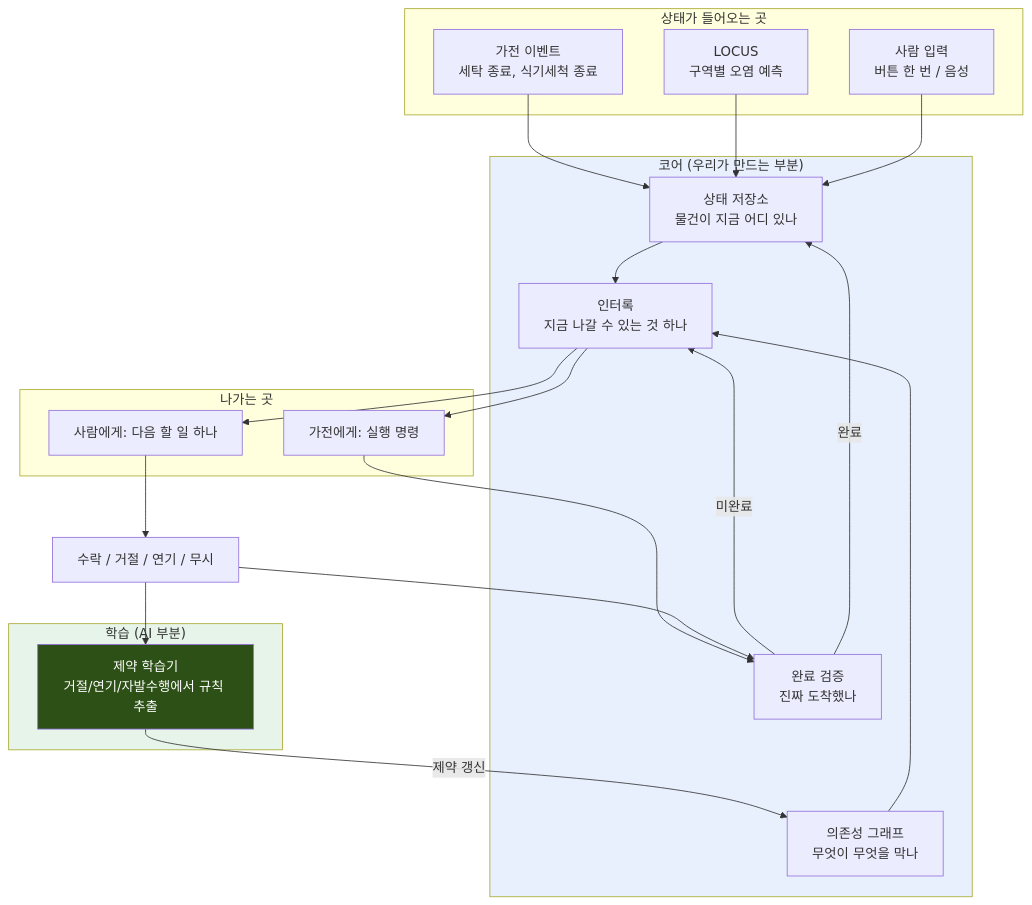
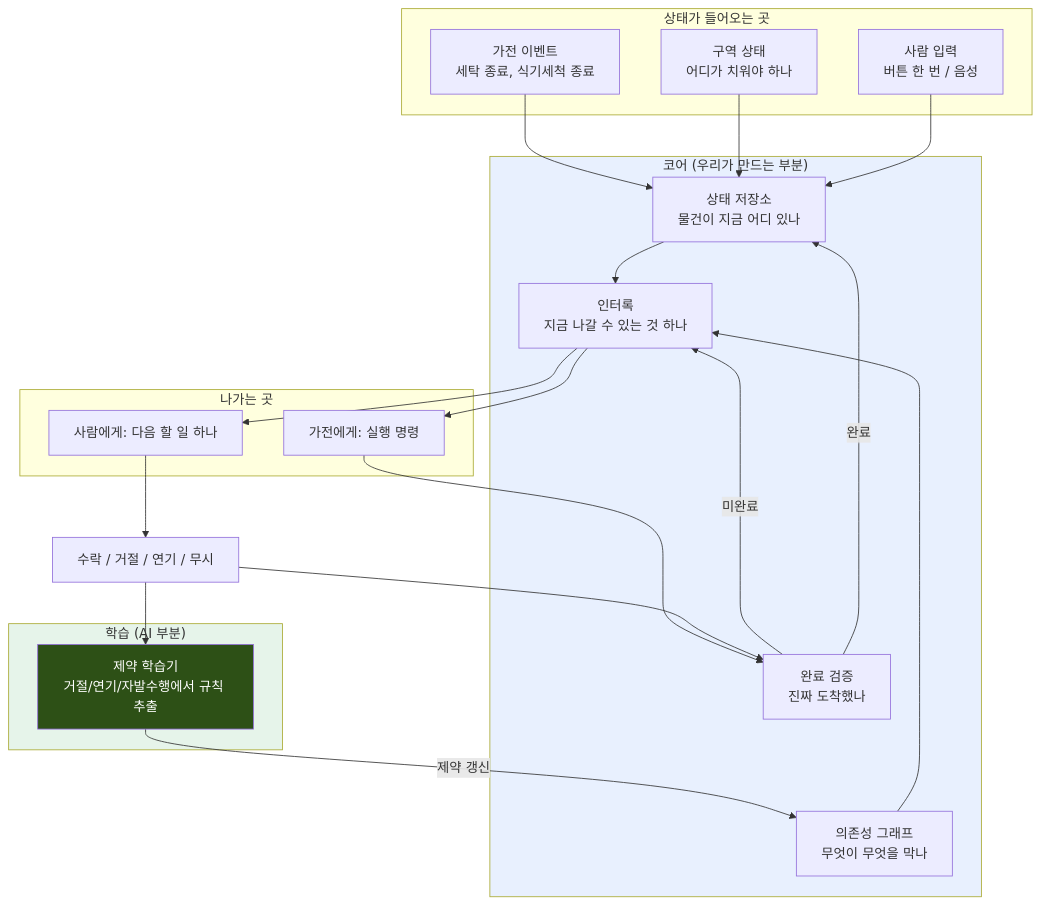
Before and after one commit to iejunkimu/lg-home-ai-team: the first of 2 diagrams in docs/ideas/가사-파이프라인-병목.md, drawn with Mermaid. The commit also changed other lines of this file, not shown here.

````diff
--- a/docs/ideas/가사-파이프라인-병목.md
+++ b/docs/ideas/가사-파이프라인-병목.md
@@ -235,43 +239,43 @@
 ```mermaid
 flowchart TB
     subgraph SRC["상태가 들어오는 곳"]
         S1["가전 이벤트<br/>세탁 종료, 식기세척 종료"]
-        S2["LOCUS<br/>구역별 오염 예측"]
+        S2["구역 상태<br/>어디가 치워야 하나"]
         S3["사람 입력<br/>버튼 한 번 / 음성"]
     end
 
     subgraph CORE["코어 (우리가 만드는 부분)"]
         ST["상태 저장소<br/>물건이 지금 어디 있나"]
         DG["의존성 그래프<br/>무엇이 무엇을 막나"]
         IL["인터록<br/>지금 나갈 수 있는 것 하나"]
         VF["완료 검증<br/>진짜 도착했나"]
     end
 
     subgraph AI["학습 (AI 부분)"]
         CL["제약 학습기<br/>거절/연기/자발수행에서 규칙 추출"]
     end
 
     subgraph OUT["나가는 곳"]
         O1["사람에게: 다음 할 일 하나"]
         O2["가전에게: 실행 명령"]
     end
 
     S1 --> ST
     S2 --> ST
     S3 --> ST
     ST --> IL
     DG --> IL
     IL --> O1
     IL --> O2
     O1 --> RSP["수락 / 거절 / 연기 / 무시"]
     O2 --> VF
     RSP --> CL
     RSP --> VF
     VF -->|"미완료"| IL
     VF -->|"완료"| ST
     CL -->|"제약 갱신"| DG
 
     style CORE fill:#e8f0fe
     style AI fill:#e6f4ea
     style CL fill:#2d5016,color:#fff
 ```
````
